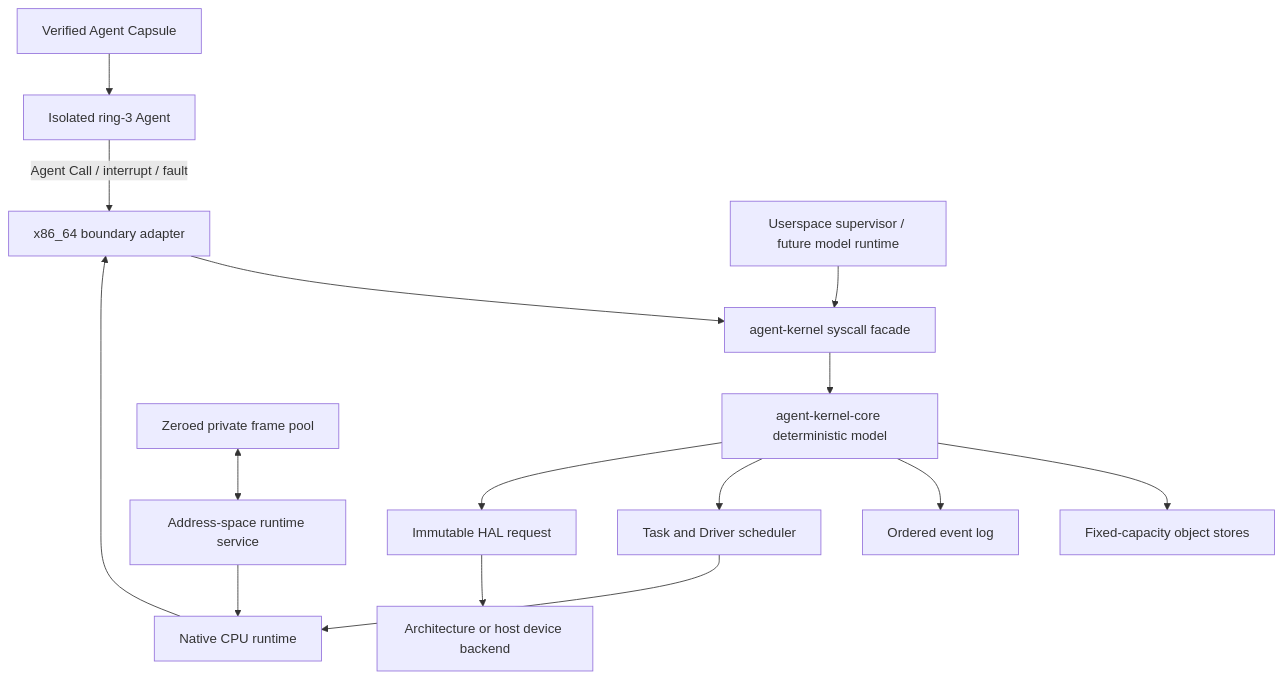
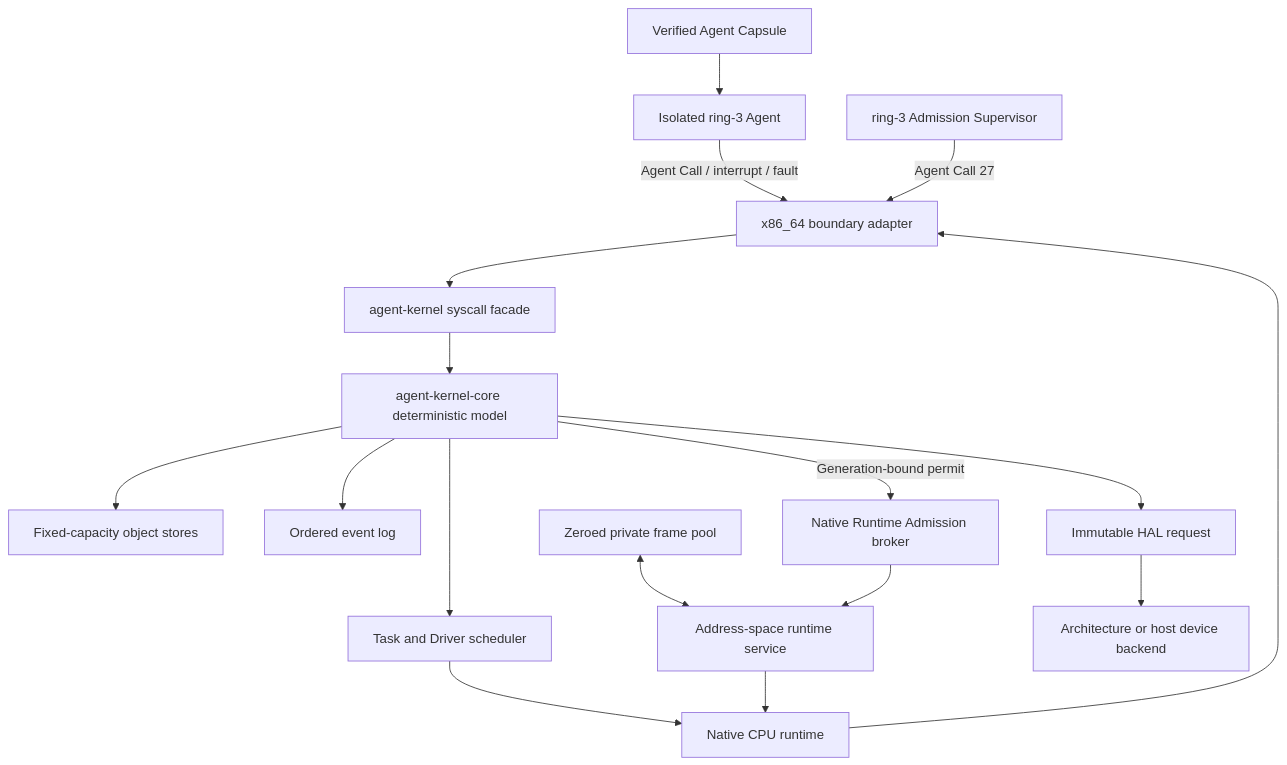
One commit to Evan-master/agent-kernel changed the diagram in README.md. Above: the diagram before and after it, drawn with Mermaid. The commit also changed other lines of this file and 3 other files, not shown here.

Commit message:
docs: close runtime admission milestone

````diff
--- a/README.md
+++ b/README.md
@@ -127,17 +139,19 @@
 ```mermaid
 flowchart TB
     Capsule["Verified Agent Capsule"] --> Ring3["Isolated ring-3 Agent"]
     Ring3 -->|"Agent Call / interrupt / fault"| X86["x86_64 boundary adapter"]
     X86 --> Facade["agent-kernel syscall facade"]
     Facade --> Core["agent-kernel-core deterministic model"]
     Core --> Stores["Fixed-capacity object stores"]
     Core --> Events["Ordered event log"]
     Core --> Scheduler["Task and Driver scheduler"]
     Scheduler --> Runtime["Native CPU runtime"]
     Runtime --> X86
     FramePool["Zeroed private frame pool"] <--> AddressService["Address-space runtime service"]
+    Broker["Native Runtime Admission broker"] --> AddressService
+    Core -->|"Generation-bound permit"| Broker
     AddressService --> Runtime
     Core --> HAL["Immutable HAL request"]
     HAL --> Device["Architecture or host device backend"]
-    Supervisor["Userspace supervisor / future model runtime"] --> Facade
+    Supervisor["ring-3 Admission Supervisor"] -->|"Agent Call 27"| X86
 ```
````
